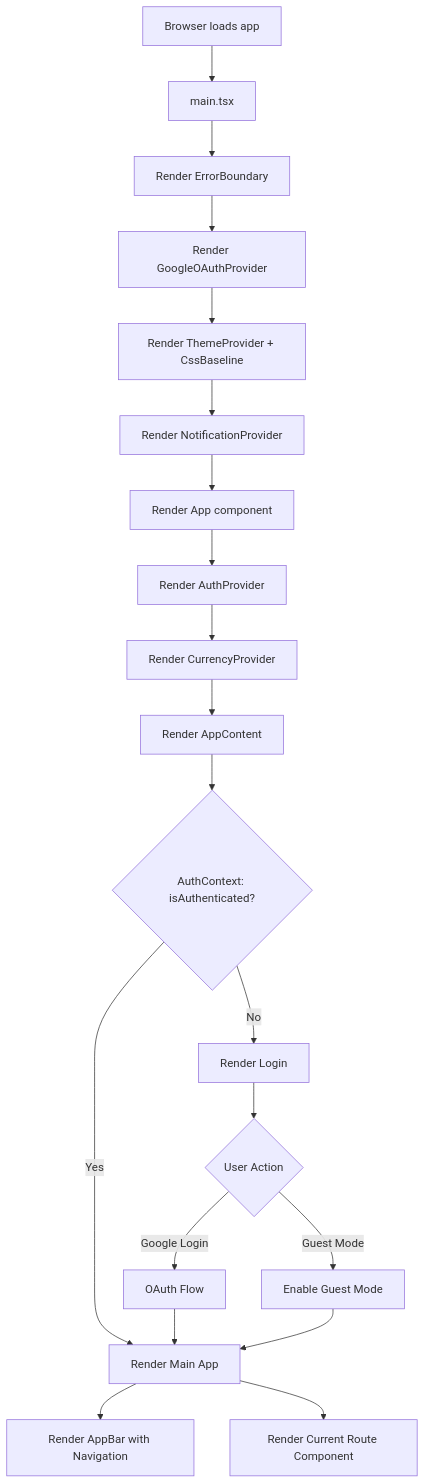
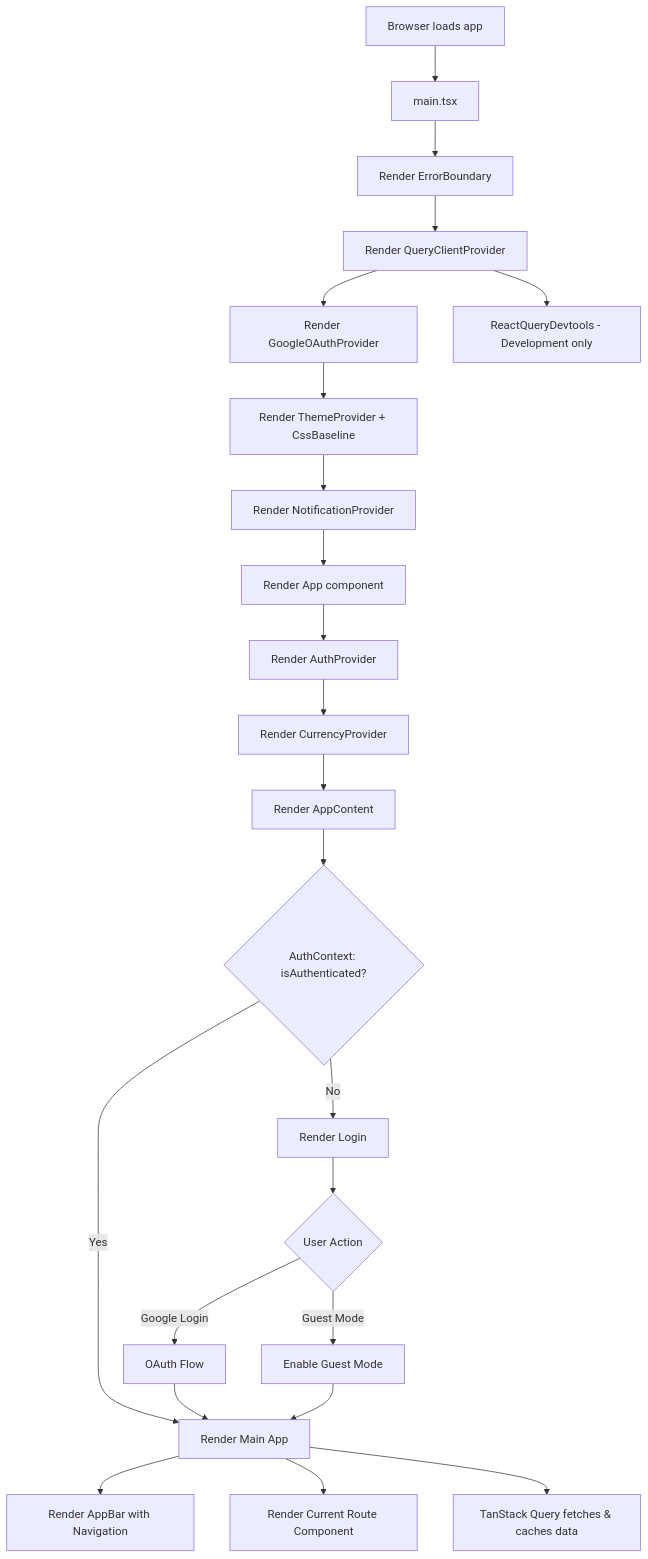
One commit to konarsubhojit/myapp changed the first of 9 diagrams in docs/frontend/README.md. Above: the diagram before and after it, drawn with Mermaid. The commit also changed other lines of this file, not shown here.

Commit message:
Update frontend documentation to include TanStack Query implementation

````diff
--- a/docs/frontend/README.md
+++ b/docs/frontend/README.md
@@ -425,23 +484,27 @@
 ```mermaid
 graph TD
     A[Browser loads app] --> B[main.tsx]
     B --> C[Render ErrorBoundary]
-    C --> D[Render GoogleOAuthProvider]
-    D --> E[Render ThemeProvider + CssBaseline]
-    E --> F[Render NotificationProvider]
-    F --> G[Render App component]
-    G --> H[Render AuthProvider]
-    H --> I[Render CurrencyProvider]
-    I --> J[Render AppContent]
-    J --> K{AuthContext: isAuthenticated?}
-    K -->|No| L[Render Login]
-    K -->|Yes| M[Render Main App]
-    M --> N[Render AppBar with Navigation]
-    M --> O[Render Current Route Component]
+    C --> D[Render QueryClientProvider]
+    D --> E[Render GoogleOAuthProvider]
+    E --> F[Render ThemeProvider + CssBaseline]
+    F --> G[Render NotificationProvider]
+    G --> H[Render App component]
+    H --> I[Render AuthProvider]
+    I --> J[Render CurrencyProvider]
+    J --> K[Render AppContent]
+    K --> L{AuthContext: isAuthenticated?}
+    L -->|No| M[Render Login]
+    L -->|Yes| N[Render Main App]
+    N --> O[Render AppBar with Navigation]
+    N --> P[Render Current Route Component]
+    N --> Q[TanStack Query fetches & caches data]
     
-    L --> P{User Action}
-    P -->|Google Login| Q[OAuth Flow]
-    P -->|Guest Mode| R[Enable Guest Mode]
-    Q --> M
-    R --> M
+    M --> R{User Action}
+    R -->|Google Login| S[OAuth Flow]
+    R -->|Guest Mode| T[Enable Guest Mode]
+    S --> N
+    T --> N
+    
+    D --> U[ReactQueryDevtools - Development only]
 ```
````
